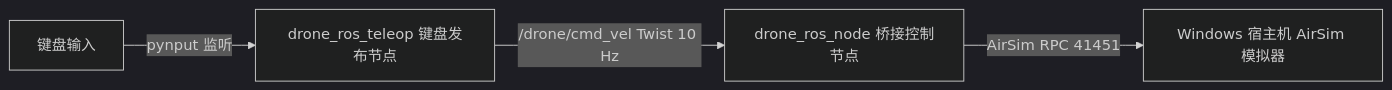
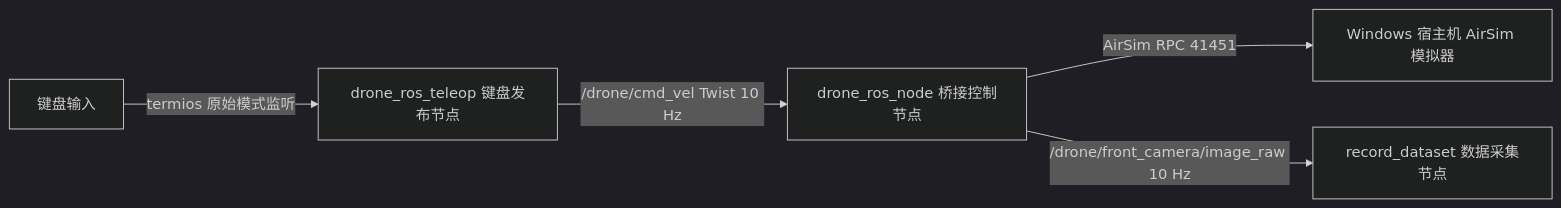
One commit to OpenHUTB/ros2 changed the diagram in docs/air/drone_ros_teleop.md. Above: the diagram before and after it, drawn with Mermaid (dark theme). The commit also changed other lines of this file and 14 other files, not shown here.

````diff
--- a/docs/air/drone_ros_teleop.md
+++ b/docs/air/drone_ros_teleop.md
@@ -16,6 +16,7 @@
 ```mermaid
 graph LR
-    K[键盘输入] -->|pynput 监听| T[drone_ros_teleop 键盘发布节点]
+    K[键盘输入] -->|termios 原始模式监听| T[drone_ros_teleop 键盘发布节点]
     T -->|/drone/cmd_vel Twist 10 Hz| B[drone_ros_node 桥接控制节点]
     B -->|AirSim RPC 41451| A[Windows 宿主机 AirSim 模拟器]
+    B -->|/drone/front_camera/image_raw 10 Hz| C[record_dataset 数据采集节点]
 ```
````
